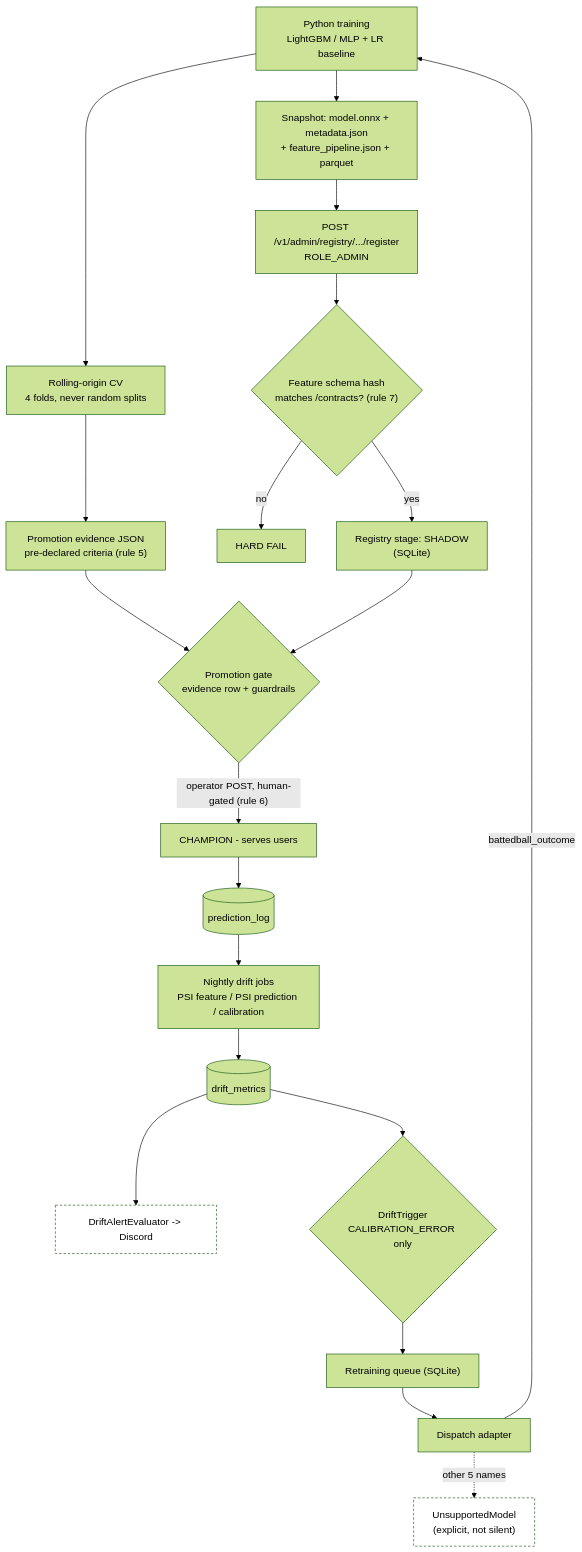
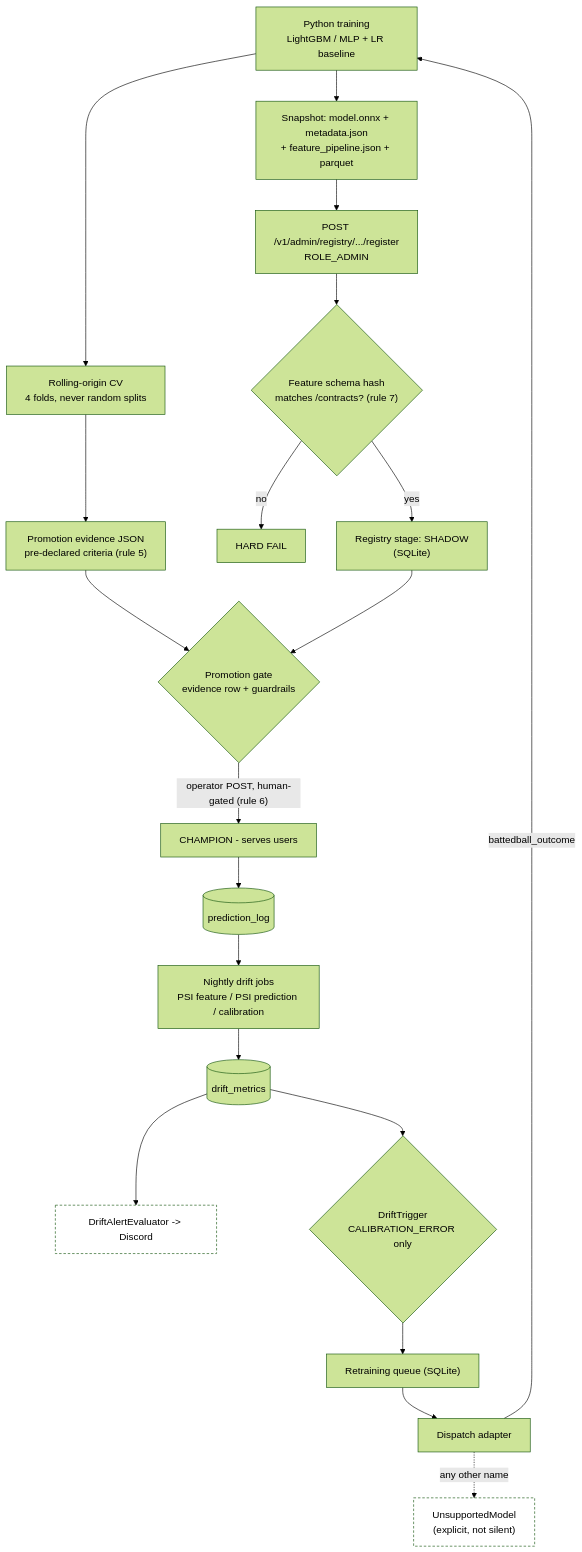
One commit to Alexm-picard/the-bullpen changed the third of 3 diagrams in README.md. Above: the diagram before and after it, drawn with Mermaid (forest theme). The commit also changed other lines of this file and 12 other files, not shown here.

````diff
--- a/README.md
+++ b/README.md
@@ -224,25 +281,25 @@
 ```mermaid
 flowchart TD
   T["Python training<br/>LightGBM / MLP + LR baseline"] --> EV["Rolling-origin CV<br/>4 folds, never random splits"]
   EV --> EVD["Promotion evidence JSON<br/>pre-declared criteria (rule 5)"]
   T --> SNAP["Snapshot: model.onnx + metadata.json<br/>+ feature_pipeline.json + parquet"]
   SNAP --> REG["POST /v1/admin/registry/.../register<br/>ROLE_ADMIN"]
   REG --> HASH{"Feature schema hash<br/>matches /contracts? (rule 7)"}
   HASH -->|no| FAIL["HARD FAIL"]
   HASH -->|yes| SHADOW["Registry stage: SHADOW<br/>(SQLite)"]
   EVD --> GATE
   SHADOW --> GATE{"Promotion gate<br/>evidence row + guardrails"}
   GATE -->|"operator POST, human-gated (rule 6)"| CHAMP["CHAMPION - serves users"]
   CHAMP --> PL[("prediction_log")]
   PL --> DJ["Nightly drift jobs<br/>PSI feature / PSI prediction / calibration"]
   DJ --> DM[("drift_metrics")]
   DM --> AL2["DriftAlertEvaluator -> Discord"]
   DM --> DT{"DriftTrigger<br/>CALIBRATION_ERROR only"}
   DT --> Q["Retraining queue (SQLite)"]
   Q --> DISP["Dispatch adapter"]
   DISP -->|"battedball_outcome"| T
-  DISP -.->|"other 5 names"| UNS["UnsupportedModel<br/>(explicit, not silent)"]
+  DISP -.->|"any other name"| UNS["UnsupportedModel<br/>(explicit, not silent)"]
 
   classDef stop fill:none,stroke-dasharray: 4 3
   class UNS,AL2 stop
 ```
````
